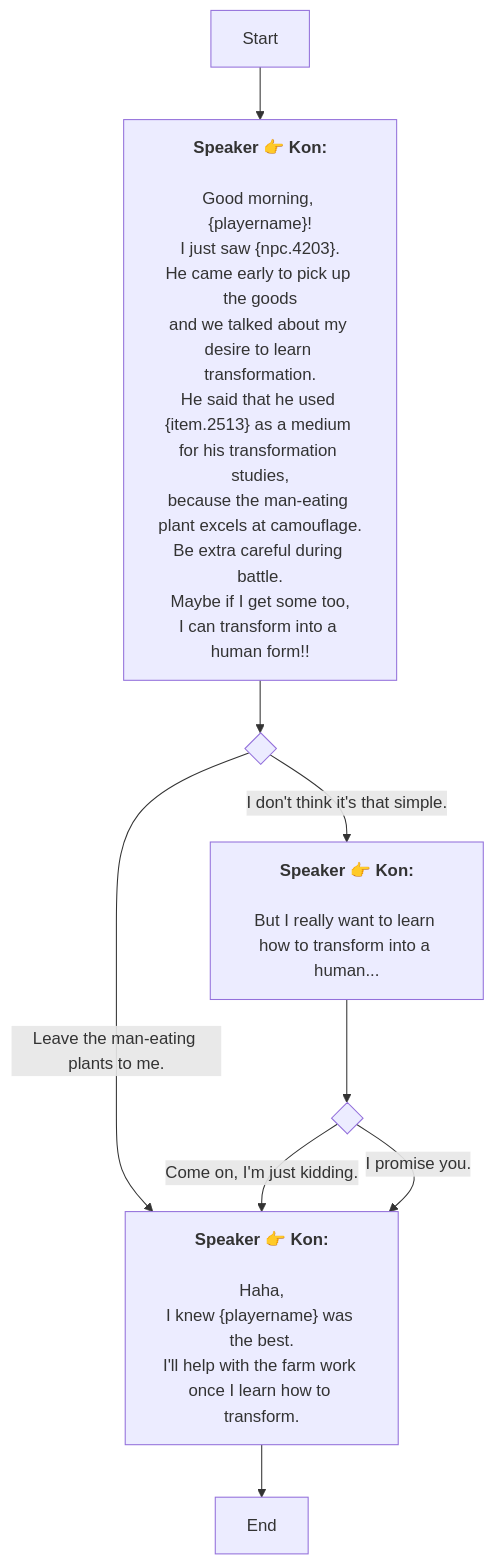
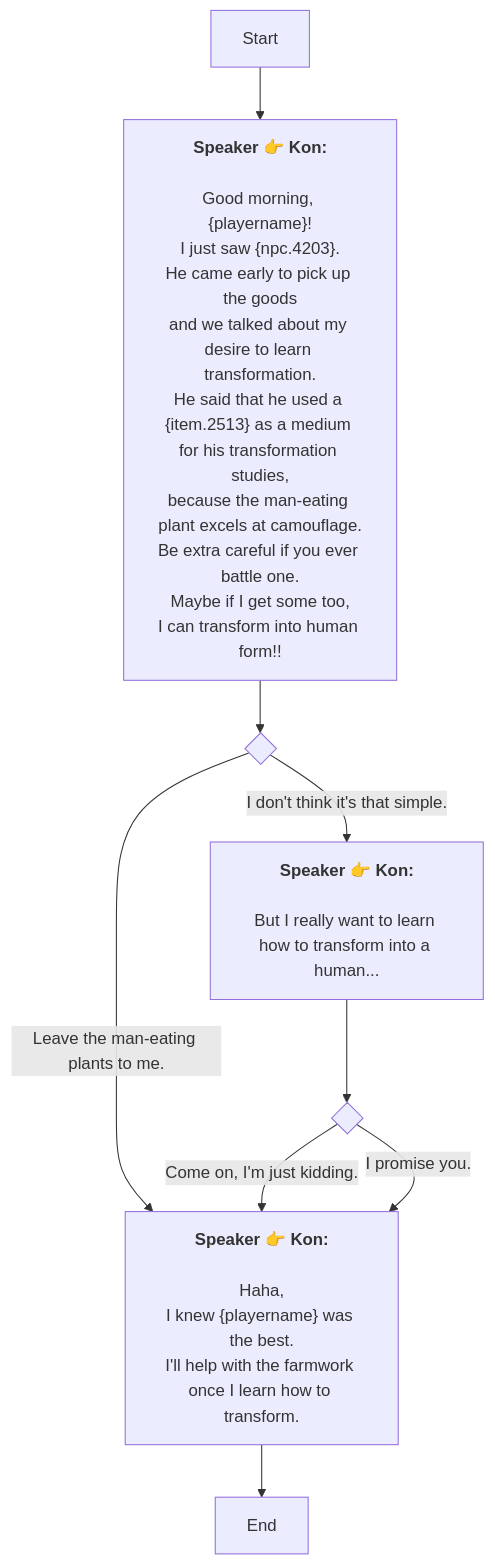
The diagram in En/QuestStartTalkENode_1738538277243034.md (SoftHu/tos_avg), drawn with Mermaid before and after one commit. The commit also changed 297 other files, not shown here.

````diff
--- a/En/QuestStartTalkENode_1738538277243034.md
+++ b/En/QuestStartTalkENode_1738538277243034.md
@@ -1,36 +1,36 @@
 ```mermaid
 graph
 Start -->1738538993755293[<b>Speaker 👉 Kon:</b>
 
 Good morning, &lbrace;playername&rbrace;!
 I just saw &lbrace;npc.4203&rbrace;.
 He came early to pick up the goods
 and we talked about my desire to learn transformation.
-He said that he used &lbrace;item.2513&rbrace; as a medium for his transformation studies,
+He said that he used a &lbrace;item.2513&rbrace; as a medium for his transformation studies,
 because the man-eating plant excels at camouflage.
-Be extra careful during battle.
+Be extra careful if you ever battle one.
 Maybe if I get some too,
-I can transform into a human form!!]
+I can transform into human form!!]
 1738538993755293 -->1738539217236126{ }
 1738539217236126 -->|I don't think it's that simple.|1738539246921891[<b>Speaker 👉 Kon:</b>
 
 But I really want to learn how to transform into a human...]
 1738539217236126 -->|Leave the man-eating plants to me.|1738539326217385[<b>Speaker 👉 Kon:</b>
 
 Haha,
 I knew &lbrace;playername&rbrace; was the best.
-I'll help with the farm work once I learn how to transform.]
+I'll help with the farmwork once I learn how to transform.]
 1738539246921891 -->1738539302740132{ }
 1738539302740132 -->|Come on, I'm just kidding.|1738539326217385[<b>Speaker 👉 Kon:</b>
 
 Haha,
 I knew &lbrace;playername&rbrace; was the best.
-I'll help with the farm work once I learn how to transform.]
+I'll help with the farmwork once I learn how to transform.]
 1738539302740132 -->|I promise you.|1738539326217385[<b>Speaker 👉 Kon:</b>
 
 Haha,
 I knew &lbrace;playername&rbrace; was the best.
-I'll help with the farm work once I learn how to transform.]
+I'll help with the farmwork once I learn how to transform.]
 1738539326217385 -->1738539373948074[End]
 
  ```
````
